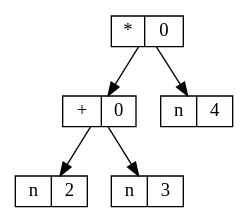
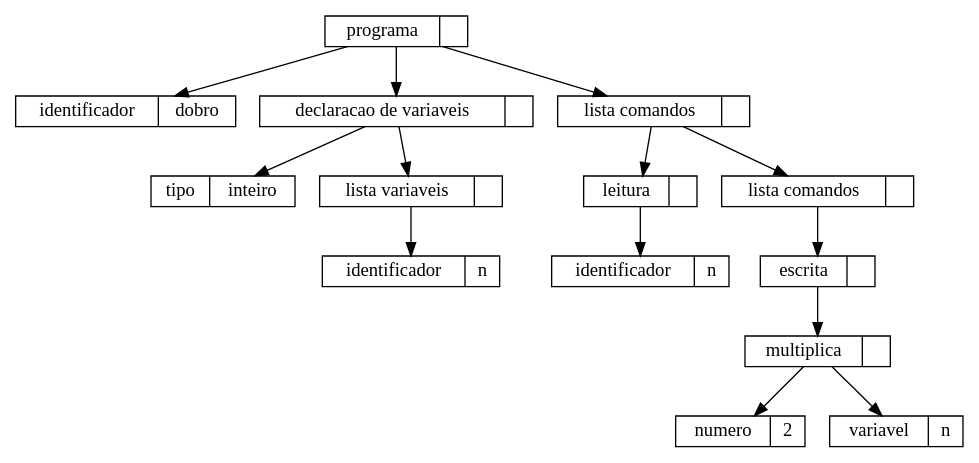
One commit to BarbaraSRodrigues/Trabalho-de-Compiladores changed the diagram in tree.dot. Above: the diagram before and after it, drawn with Graphviz. The commit also changed 16 other files, not shown here.

```diff
--- a/tree.dot
+++ b/tree.dot
@@ -1,12 +1,30 @@
 digraph {
-	node [shape=record, height = .1];
-	n0x5ace62f00ea0 [label="*|0"]
-	n0x5ace62f00e60 [label="+|0"]
-	n0x5ace62f00e20 [label="n|2"]
-	n0x5ace62f00e40 [label="n|3"]
-	n0x5ace62f00e80 [label="n|4"]
-	n0x5ace62f00ea0 -> n0x5ace62f00e60
-	n0x5ace62f00e60 -> n0x5ace62f00e20
-	n0x5ace62f00e60 -> n0x5ace62f00e40
-	n0x5ace62f00ea0 -> n0x5ace62f00e80
+	node [shape=record, height=.1];
+	n0x6549a4f5a4b0 [label="programa | "]
+	n0x6549a4f5a4d0 [label="identificador | dobro"]
+	n0x6549a4f5a370 [label="declaracao de variaveis | "]
+	n0x6549a4f5a390 [label="tipo | inteiro"]
+	n0x6549a4f5a330 [label="lista variaveis | "]
+	n0x6549a4f5a350 [label="identificador | n"]
+	n0x6549a4f5a490 [label="lista comandos | "]
+	n0x6549a4f5a3b0 [label="leitura | "]
+	n0x6549a4f5a3d0 [label="identificador | n"]
+	n0x6549a4f5a470 [label="lista comandos | "]
+	n0x6549a4f5a450 [label="escrita | "]
+	n0x6549a4f5a430 [label="multiplica | "]
+	n0x6549a4f5a3f0 [label="numero | 2"]
+	n0x6549a4f5a410 [label="variavel | n"]
+	n0x6549a4f5a4b0 -> n0x6549a4f5a4d0
+	n0x6549a4f5a4b0 -> n0x6549a4f5a370
+	n0x6549a4f5a4b0 -> n0x6549a4f5a490
+	n0x6549a4f5a370 -> n0x6549a4f5a390
+	n0x6549a4f5a370 -> n0x6549a4f5a330
+	n0x6549a4f5a330 -> n0x6549a4f5a350
+	n0x6549a4f5a490 -> n0x6549a4f5a3b0
+	n0x6549a4f5a490 -> n0x6549a4f5a470
+	n0x6549a4f5a3b0 -> n0x6549a4f5a3d0
+	n0x6549a4f5a470 -> n0x6549a4f5a450
+	n0x6549a4f5a450 -> n0x6549a4f5a430
+	n0x6549a4f5a430 -> n0x6549a4f5a3f0
+	n0x6549a4f5a430 -> n0x6549a4f5a410
 }
```
